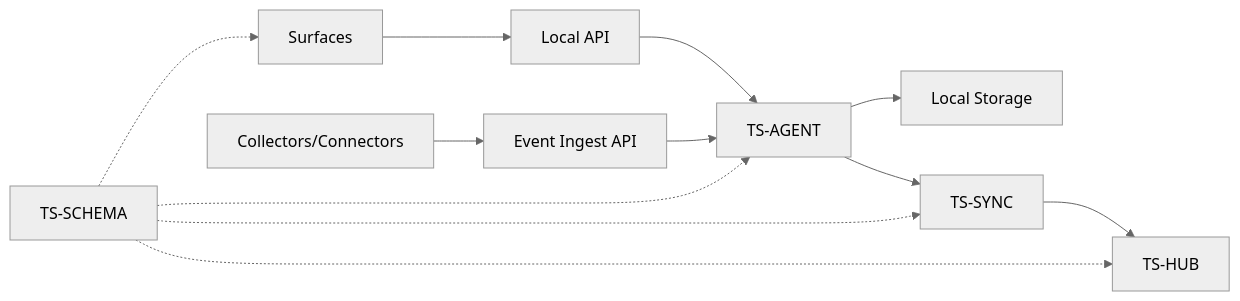
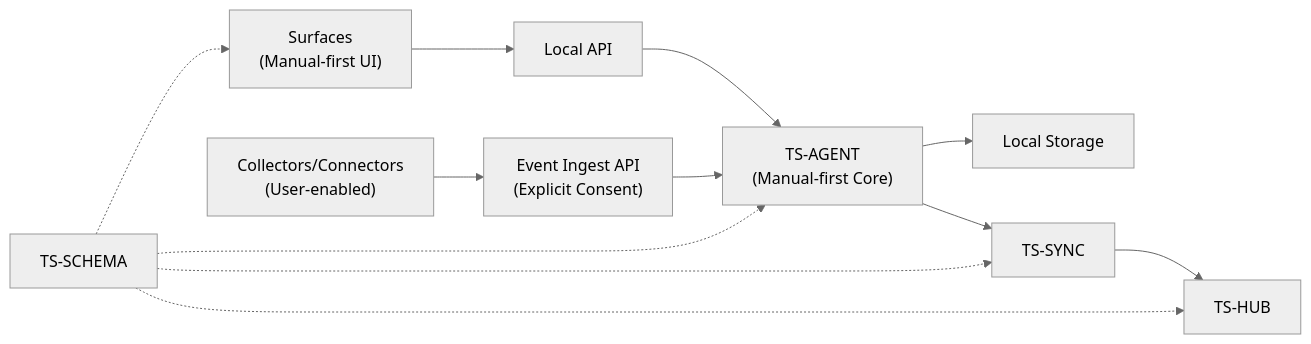
The seventh of 7 diagrams in .qoder/repowiki/en/content/Architecture Decision Records.md (asukhodko/timeskein), drawn with Mermaid (neutral theme) before and after one commit. The commit also changed other lines of this file and 8 other files, not shown here.

First line of the commit message:
docs(architecture): adopt manual-first philosophy as core architectural foundation

````diff
--- a/.qoder/repowiki/en/content/Architecture Decision Records.md
+++ b/.qoder/repowiki/en/content/Architecture Decision Records.md
@@ -324,14 +356,14 @@
 ```mermaid
 graph LR
-UI["Surfaces"] --> LA["Local API"]
-COL["Collectors/Connectors"] --> EI["Event Ingest API"]
-LA --> AG["TS-AGENT"]
+UI["Surfaces<br/>(Manual-first UI)"] --> LA["Local API"]
+COL["Collectors/Connectors<br/>(User-enabled)"] --> EI["Event Ingest API<br/>(Explicit Consent)"]
+LA --> AG["TS-AGENT<br/>(Manual-first Core)"]
 EI --> AG
 AG --> ST["Local Storage"]
 AG --> SY["TS-SYNC"]
 SY --> HB["TS-HUB"]
 SC["TS-SCHEMA"] -.-> UI
 SC -.-> AG
 SC -.-> SY
 SC -.-> HB
 ```
````
